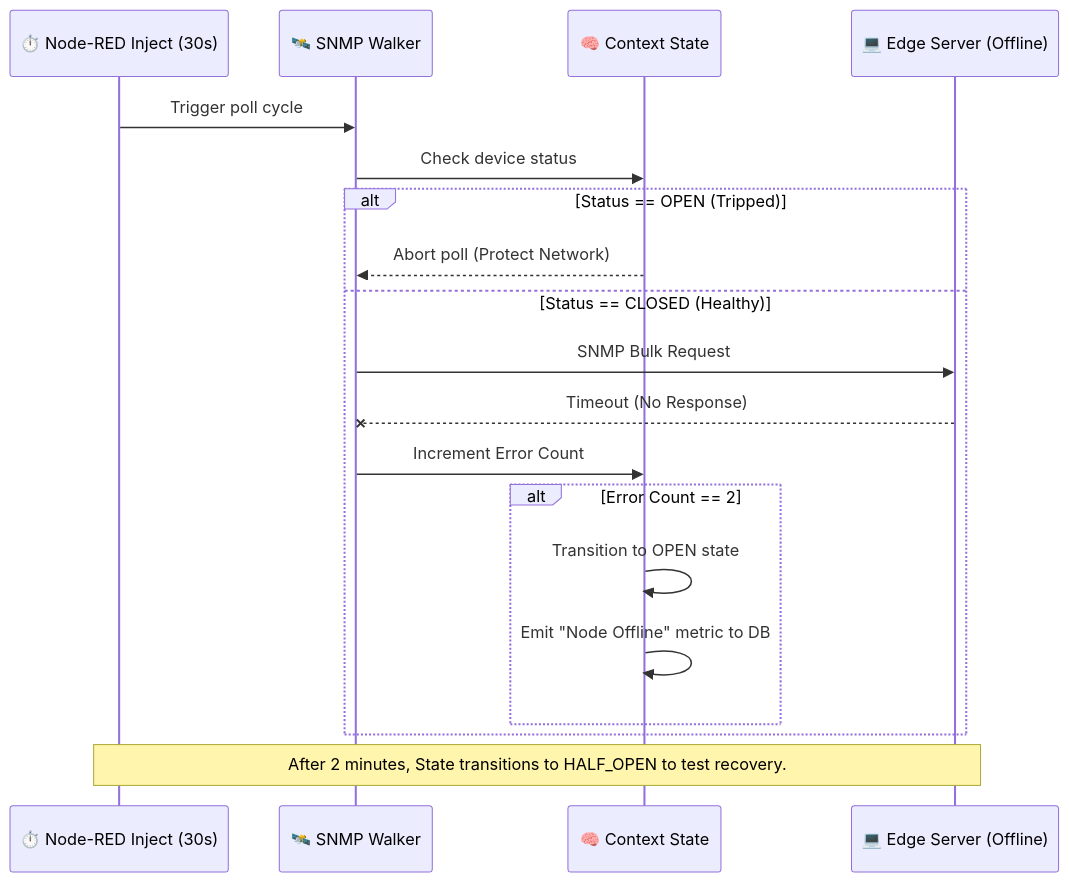
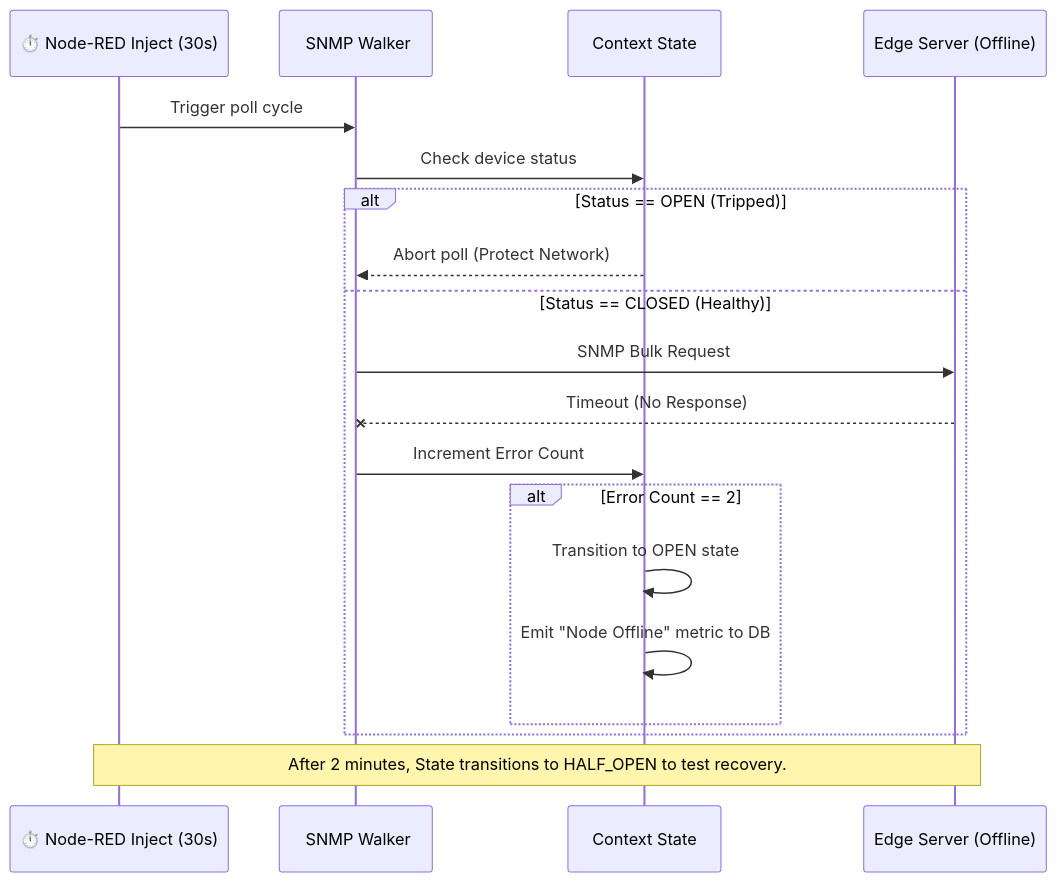
One commit to PATTANAKORN025/IMS changed the third of 3 diagrams in docs/architecture/ARCHITECTURE_DIAGRAM.md. Above: the diagram before and after it, drawn with Mermaid. The commit also changed other lines of this file and 26 other files, not shown here.

````diff
--- a/docs/architecture/ARCHITECTURE_DIAGRAM.md
+++ b/docs/architecture/ARCHITECTURE_DIAGRAM.md
@@ -70,25 +70,25 @@
 ```mermaid
 sequenceDiagram
     participant Timer as ⏱️ Node-RED Inject (30s)
-    participant Walker as 🛰️ SNMP Walker
-    participant State as 🧠 Context State
-    participant Device as 💻 Edge Server (Offline)
+    participant Walker as ️ SNMP Walker
+    participant State as  Context State
+    participant Device as  Edge Server (Offline)
     
     Timer->>Walker: Trigger poll cycle
     Walker->>State: Check device status
     
     alt Status == OPEN (Tripped)
         State-->>Walker: Abort poll (Protect Network)
     else Status == CLOSED (Healthy)
         Walker->>Device: SNMP Bulk Request
         Device--xWalker: Timeout (No Response)
         Walker->>State: Increment Error Count
         
         alt Error Count == 2
             State->>State: Transition to OPEN state
             State->>State: Emit "Node Offline" metric to DB
         end
     end
     
     note over Timer,Device: After 2 minutes, State transitions to HALF_OPEN to test recovery.
 ```
````
